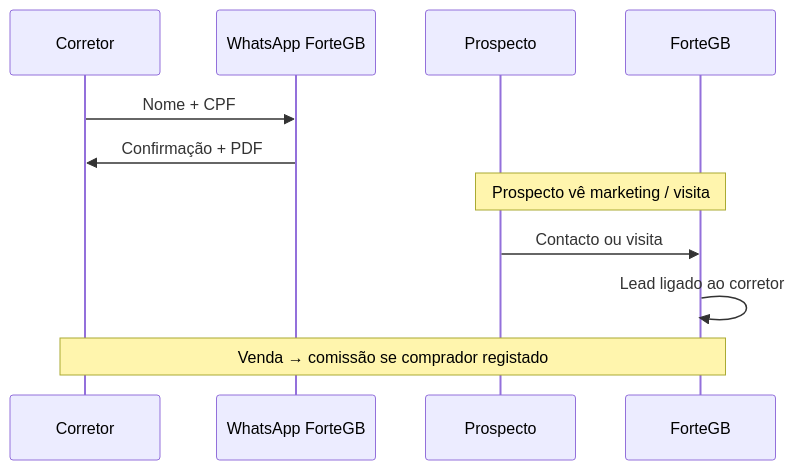
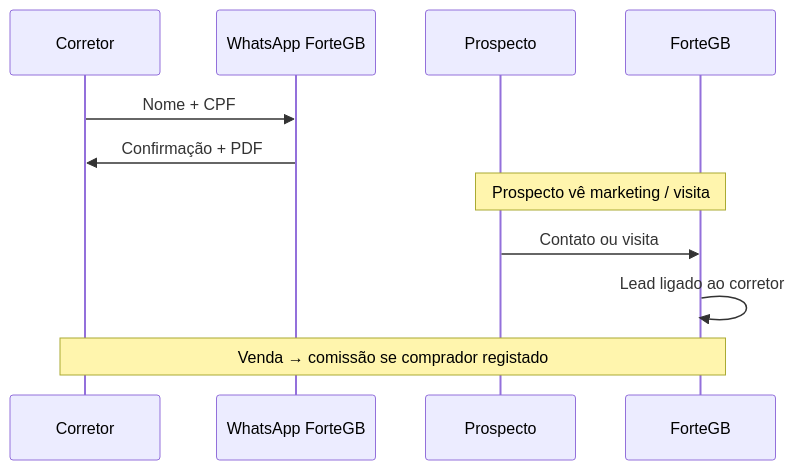
One commit to fortegb/platform changed the third of 4 diagrams in docs/planning/apresentacao-socios.md. Above: the diagram before and after it, drawn with Mermaid. The commit also changed other lines of this file and 26 other files, not shown here.

````diff
--- a/docs/planning/apresentacao-socios.md
+++ b/docs/planning/apresentacao-socios.md
@@ -102,13 +102,13 @@
 ```mermaid
 sequenceDiagram
   participant Cor as Corretor
   participant Bot as WhatsApp ForteGB
   participant P as Prospecto
   participant FG as ForteGB
   Cor->>Bot: Nome + CPF
   Bot->>Cor: Confirmação + PDF
   Note over P,FG: Prospecto vê marketing / visita
-  P->>FG: Contacto ou visita
+  P->>FG: Contato ou visita
   FG->>FG: Lead ligado ao corretor
   Note over FG,Cor: Venda → comissão se comprador registado
 ```
````
